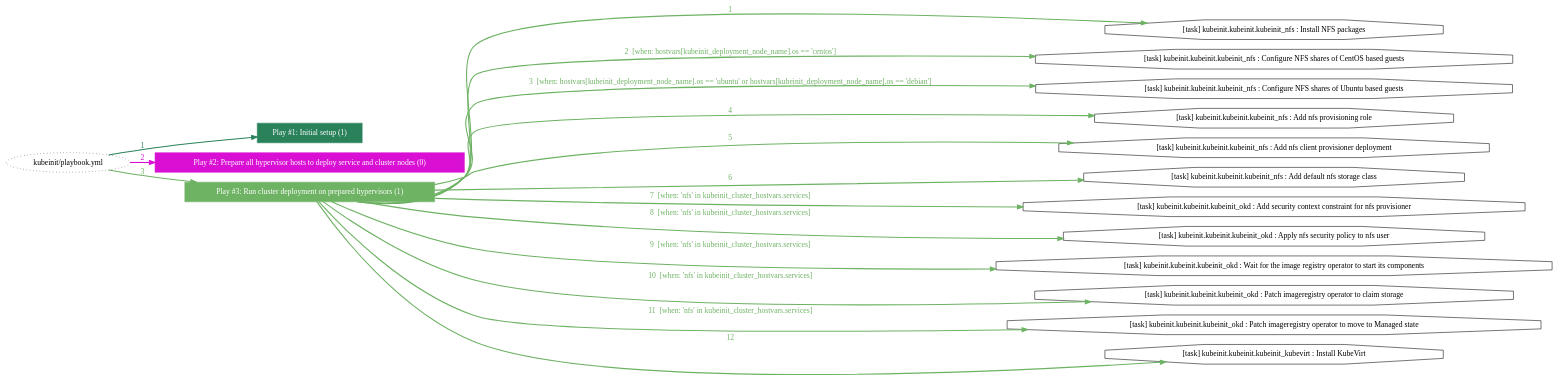
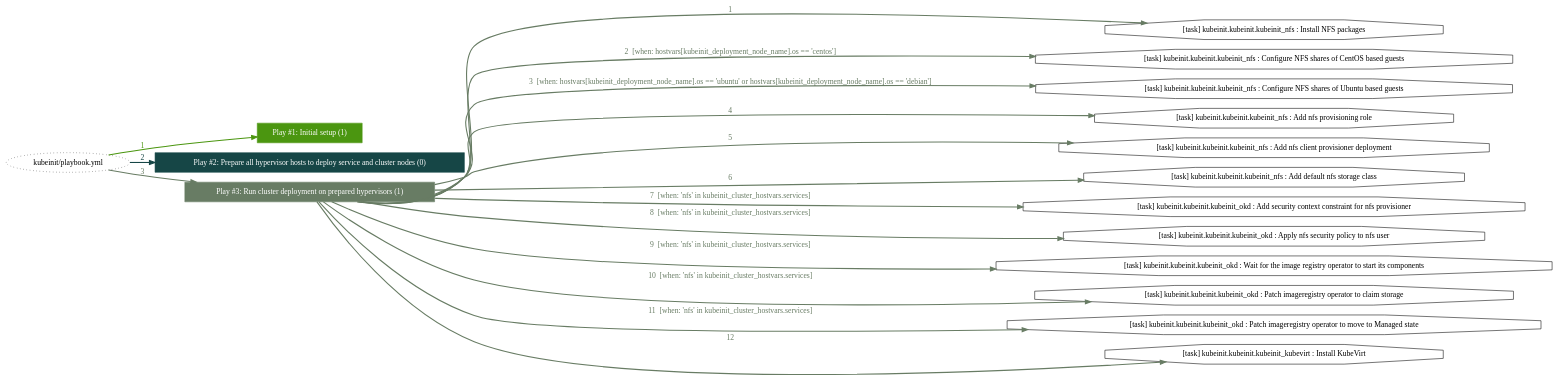
Before and after one commit to Kubeinit/kubeinit: the diagram in _static/playbook_task_post_deployment.dot, drawn with Graphviz. The commit also changed 64 other files, not shown here.

```diff
--- a/_static/playbook_task_post_deployment.dot
+++ b/_static/playbook_task_post_deployment.dot
@@ -3,39 +3,39 @@
 	edge [esep=5 sep=10]
 	"kubeinit/playbook.yml" [id=root_node style=dotted]
 	subgraph "Play #1: Initial setup (1) "{
-		"Play #1: Initial setup (1)" [color="#2a825b" fontcolor="#ffffff" id="play_069b882d-4043-4833-8087-31251108a9db" shape=box style=filled tooltip=localhost]
-		"kubeinit/playbook.yml" -> "Play #1: Initial setup (1)" [label=1 color="#2a825b" fontcolor="#2a825b" id="edge_216a49a9-dd9e-4a9b-95fa-959576bdabb2" style=bold]
+		"Play #1: Initial setup (1)" [color="#4b9610" fontcolor="#ffffff" id="play_83e40efe-4858-4c1b-bf65-c14a5f9aa6c0" shape=box style=filled tooltip=localhost]
+		"kubeinit/playbook.yml" -> "Play #1: Initial setup (1)" [label=1 color="#4b9610" fontcolor="#4b9610" id="edge_43c81da5-bc87-43e5-8bea-0be3e9930bce" style=bold]
 	}
 	subgraph "Play #2: Prepare all hypervisor hosts to deploy service and cluster nodes (0) "{
-		"Play #2: Prepare all hypervisor hosts to deploy service and cluster nodes (0)" [color="#d910d4" fontcolor="#ffffff" id="play_7c1a346c-eaf2-493a-acca-48e9ba8806bc" shape=box style=filled tooltip=""]
-		"kubeinit/playbook.yml" -> "Play #2: Prepare all hypervisor hosts to deploy service and cluster nodes (0)" [label=2 color="#d910d4" fontcolor="#d910d4" id="edge_0eec6445-999a-4976-8701-178a5ed6b174" style=bold]
+		"Play #2: Prepare all hypervisor hosts to deploy service and cluster nodes (0)" [color="#164646" fontcolor="#ffffff" id="play_e57ea511-60cd-414f-bce0-bc2b326869db" shape=box style=filled tooltip=""]
+		"kubeinit/playbook.yml" -> "Play #2: Prepare all hypervisor hosts to deploy service and cluster nodes (0)" [label=2 color="#164646" fontcolor="#164646" id="edge_89df4cd9-eb53-4b8d-95c8-0ef62f2ff0de" style=bold]
 	}
 	subgraph "Play #3: Run cluster deployment on prepared hypervisors (1) "{
-		"Play #3: Run cluster deployment on prepared hypervisors (1)" [color="#6eb264" fontcolor="#ffffff" id="play_cc330337-fd79-4ec6-9d08-773892b752a0" shape=box style=filled tooltip=localhost]
-		"kubeinit/playbook.yml" -> "Play #3: Run cluster deployment on prepared hypervisors (1)" [label=3 color="#6eb264" fontcolor="#6eb264" id="edge_72616637-efdd-42c2-aea8-fe9518a37fd8" style=bold]
-		"task_701e9918-49cf-452f-b6b9-d8eae2689275" [label="[task] kubeinit.kubeinit.kubeinit_nfs : Install NFS packages" id="task_701e9918-49cf-452f-b6b9-d8eae2689275" shape=octagon tooltip="[task] kubeinit.kubeinit.kubeinit_nfs : Install NFS packages"]
-		"Play #3: Run cluster deployment on prepared hypervisors (1)" -> "task_701e9918-49cf-452f-b6b9-d8eae2689275" [label=1 color="#6eb264" fontcolor="#6eb264" id="edge_7c83398b-4810-4e34-b19f-28fb3506b895" style=bold]
-		"task_0d4b02d0-63f9-4e99-96ad-82098fc62960" [label="[task] kubeinit.kubeinit.kubeinit_nfs : Configure NFS shares of CentOS based guests" id="task_0d4b02d0-63f9-4e99-96ad-82098fc62960" shape=octagon tooltip="[task] kubeinit.kubeinit.kubeinit_nfs : Configure NFS shares of CentOS based guests"]
-		"Play #3: Run cluster deployment on prepared hypervisors (1)" -> "task_0d4b02d0-63f9-4e99-96ad-82098fc62960" [label="2  [when: hostvars[kubeinit_deployment_node_name].os == 'centos']" color="#6eb264" fontcolor="#6eb264" id="edge_74c63048-d6b7-43be-ab1e-14ef8af5b38f" style=bold]
-		"task_24239f5c-1533-42fc-8f03-3740efcc1d23" [label="[task] kubeinit.kubeinit.kubeinit_nfs : Configure NFS shares of Ubuntu based guests" id="task_24239f5c-1533-42fc-8f03-3740efcc1d23" shape=octagon tooltip="[task] kubeinit.kubeinit.kubeinit_nfs : Configure NFS shares of Ubuntu based guests"]
-		"Play #3: Run cluster deployment on prepared hypervisors (1)" -> "task_24239f5c-1533-42fc-8f03-3740efcc1d23" [label="3  [when: hostvars[kubeinit_deployment_node_name].os == 'ubuntu' or hostvars[kubeinit_deployment_node_name].os == 'debian']" color="#6eb264" fontcolor="#6eb264" id="edge_f18dc240-6f39-4c40-a7d6-0b6b7c5af89a" style=bold]
-		"task_06573b5a-3827-4fbd-af13-f0722fae9f7b" [label="[task] kubeinit.kubeinit.kubeinit_nfs : Add nfs provisioning role" id="task_06573b5a-3827-4fbd-af13-f0722fae9f7b" shape=octagon tooltip="[task] kubeinit.kubeinit.kubeinit_nfs : Add nfs provisioning role"]
-		"Play #3: Run cluster deployment on prepared hypervisors (1)" -> "task_06573b5a-3827-4fbd-af13-f0722fae9f7b" [label=4 color="#6eb264" fontcolor="#6eb264" id="edge_fbb38733-c844-4582-b179-82e30b93d081" style=bold]
-		"task_8534d3c3-689f-457b-9a08-e4fed194d19f" [label="[task] kubeinit.kubeinit.kubeinit_nfs : Add nfs client provisioner deployment" id="task_8534d3c3-689f-457b-9a08-e4fed194d19f" shape=octagon tooltip="[task] kubeinit.kubeinit.kubeinit_nfs : Add nfs client provisioner deployment"]
-		"Play #3: Run cluster deployment on prepared hypervisors (1)" -> "task_8534d3c3-689f-457b-9a08-e4fed194d19f" [label=5 color="#6eb264" fontcolor="#6eb264" id="edge_bfed4833-fbde-47b3-b008-e63ca21fad8f" style=bold]
-		"task_334d1bb7-328b-4828-a167-34c2d6bef4c0" [label="[task] kubeinit.kubeinit.kubeinit_nfs : Add default nfs storage class" id="task_334d1bb7-328b-4828-a167-34c2d6bef4c0" shape=octagon tooltip="[task] kubeinit.kubeinit.kubeinit_nfs : Add default nfs storage class"]
-		"Play #3: Run cluster deployment on prepared hypervisors (1)" -> "task_334d1bb7-328b-4828-a167-34c2d6bef4c0" [label=6 color="#6eb264" fontcolor="#6eb264" id="edge_bf0c575e-4b57-4303-9992-36c08ad9ac5a" style=bold]
-		"task_a4032e54-a515-4ccc-a33e-47a8a3c3c876" [label="[task] kubeinit.kubeinit.kubeinit_okd : Add security context constraint for nfs provisioner" id="task_a4032e54-a515-4ccc-a33e-47a8a3c3c876" shape=octagon tooltip="[task] kubeinit.kubeinit.kubeinit_okd : Add security context constraint for nfs provisioner"]
-		"Play #3: Run cluster deployment on prepared hypervisors (1)" -> "task_a4032e54-a515-4ccc-a33e-47a8a3c3c876" [label="7  [when: 'nfs' in kubeinit_cluster_hostvars.services]" color="#6eb264" fontcolor="#6eb264" id="edge_1224bb9a-1983-4f9d-88c3-fc2231ea92ed" style=bold]
-		"task_5a1a2d9f-af08-4732-8d28-10f6d47efdc7" [label="[task] kubeinit.kubeinit.kubeinit_okd : Apply nfs security policy to nfs user" id="task_5a1a2d9f-af08-4732-8d28-10f6d47efdc7" shape=octagon tooltip="[task] kubeinit.kubeinit.kubeinit_okd : Apply nfs security policy to nfs user"]
-		"Play #3: Run cluster deployment on prepared hypervisors (1)" -> "task_5a1a2d9f-af08-4732-8d28-10f6d47efdc7" [label="8  [when: 'nfs' in kubeinit_cluster_hostvars.services]" color="#6eb264" fontcolor="#6eb264" id="edge_5a594170-c28c-4869-9391-ac30d433ac17" style=bold]
-		"task_5e3f1be2-bf17-4ee0-bbdf-0b51800de6ec" [label="[task] kubeinit.kubeinit.kubeinit_okd : Wait for the image registry operator to start its components" id="task_5e3f1be2-bf17-4ee0-bbdf-0b51800de6ec" shape=octagon tooltip="[task] kubeinit.kubeinit.kubeinit_okd : Wait for the image registry operator to start its components"]
-		"Play #3: Run cluster deployment on prepared hypervisors (1)" -> "task_5e3f1be2-bf17-4ee0-bbdf-0b51800de6ec" [label="9  [when: 'nfs' in kubeinit_cluster_hostvars.services]" color="#6eb264" fontcolor="#6eb264" id="edge_9b641f2c-d003-4fd9-bd86-ec619c7abfc3" style=bold]
-		"task_79cf0ccb-9175-4f25-af9a-d2656132eda2" [label="[task] kubeinit.kubeinit.kubeinit_okd : Patch imageregistry operator to claim storage" id="task_79cf0ccb-9175-4f25-af9a-d2656132eda2" shape=octagon tooltip="[task] kubeinit.kubeinit.kubeinit_okd : Patch imageregistry operator to claim storage"]
-		"Play #3: Run cluster deployment on prepared hypervisors (1)" -> "task_79cf0ccb-9175-4f25-af9a-d2656132eda2" [label="10  [when: 'nfs' in kubeinit_cluster_hostvars.services]" color="#6eb264" fontcolor="#6eb264" id="edge_a10f17fa-b639-4f1b-acc3-7fb31c19d66a" style=bold]
-		"task_1e7e9b13-ed4b-4e5b-a0a6-b5301a0abc7f" [label="[task] kubeinit.kubeinit.kubeinit_okd : Patch imageregistry operator to move to Managed state" id="task_1e7e9b13-ed4b-4e5b-a0a6-b5301a0abc7f" shape=octagon tooltip="[task] kubeinit.kubeinit.kubeinit_okd : Patch imageregistry operator to move to Managed state"]
-		"Play #3: Run cluster deployment on prepared hypervisors (1)" -> "task_1e7e9b13-ed4b-4e5b-a0a6-b5301a0abc7f" [label="11  [when: 'nfs' in kubeinit_cluster_hostvars.services]" color="#6eb264" fontcolor="#6eb264" id="edge_6472ad6c-5507-4afc-8c82-2dc2840c1888" style=bold]
-		"task_d36cba8e-22a7-4832-85a0-4aa996c6de51" [label="[task] kubeinit.kubeinit.kubeinit_kubevirt : Install KubeVirt" id="task_d36cba8e-22a7-4832-85a0-4aa996c6de51" shape=octagon tooltip="[task] kubeinit.kubeinit.kubeinit_kubevirt : Install KubeVirt"]
-		"Play #3: Run cluster deployment on prepared hypervisors (1)" -> "task_d36cba8e-22a7-4832-85a0-4aa996c6de51" [label=12 color="#6eb264" fontcolor="#6eb264" id="edge_07517edf-3b05-429a-aa03-07f5fae7d73a" style=bold]
+		"Play #3: Run cluster deployment on prepared hypervisors (1)" [color="#687c64" fontcolor="#ffffff" id="play_52d77712-2617-4aaf-af79-98941dfa1e24" shape=box style=filled tooltip=localhost]
+		"kubeinit/playbook.yml" -> "Play #3: Run cluster deployment on prepared hypervisors (1)" [label=3 color="#687c64" fontcolor="#687c64" id="edge_cf53a6c4-cb3c-4367-abfb-38906bc81380" style=bold]
+		"task_9905f97c-6022-458b-b6d5-a92277906dea" [label="[task] kubeinit.kubeinit.kubeinit_nfs : Install NFS packages" id="task_9905f97c-6022-458b-b6d5-a92277906dea" shape=octagon tooltip="[task] kubeinit.kubeinit.kubeinit_nfs : Install NFS packages"]
+		"Play #3: Run cluster deployment on prepared hypervisors (1)" -> "task_9905f97c-6022-458b-b6d5-a92277906dea" [label=1 color="#687c64" fontcolor="#687c64" id="edge_92685ae9-9fe4-4001-86e0-d822a4eca7d3" style=bold]
+		"task_c8711b5e-e3a0-479f-89cd-d83f480822f6" [label="[task] kubeinit.kubeinit.kubeinit_nfs : Configure NFS shares of CentOS based guests" id="task_c8711b5e-e3a0-479f-89cd-d83f480822f6" shape=octagon tooltip="[task] kubeinit.kubeinit.kubeinit_nfs : Configure NFS shares of CentOS based guests"]
+		"Play #3: Run cluster deployment on prepared hypervisors (1)" -> "task_c8711b5e-e3a0-479f-89cd-d83f480822f6" [label="2  [when: hostvars[kubeinit_deployment_node_name].os == 'centos']" color="#687c64" fontcolor="#687c64" id="edge_58defeba-7267-45a1-a6f2-fe3811788839" style=bold]
+		"task_fcb4809b-9f58-4845-9803-be29f9c28047" [label="[task] kubeinit.kubeinit.kubeinit_nfs : Configure NFS shares of Ubuntu based guests" id="task_fcb4809b-9f58-4845-9803-be29f9c28047" shape=octagon tooltip="[task] kubeinit.kubeinit.kubeinit_nfs : Configure NFS shares of Ubuntu based guests"]
+		"Play #3: Run cluster deployment on prepared hypervisors (1)" -> "task_fcb4809b-9f58-4845-9803-be29f9c28047" [label="3  [when: hostvars[kubeinit_deployment_node_name].os == 'ubuntu' or hostvars[kubeinit_deployment_node_name].os == 'debian']" color="#687c64" fontcolor="#687c64" id="edge_f8c1951f-7572-45c2-a263-70527e8b00df" style=bold]
+		"task_09b26855-d0d2-4c4a-8bb4-28845ec33f2e" [label="[task] kubeinit.kubeinit.kubeinit_nfs : Add nfs provisioning role" id="task_09b26855-d0d2-4c4a-8bb4-28845ec33f2e" shape=octagon tooltip="[task] kubeinit.kubeinit.kubeinit_nfs : Add nfs provisioning role"]
+		"Play #3: Run cluster deployment on prepared hypervisors (1)" -> "task_09b26855-d0d2-4c4a-8bb4-28845ec33f2e" [label=4 color="#687c64" fontcolor="#687c64" id="edge_c5932674-9c75-4375-a557-fb4b9a326f48" style=bold]
+		"task_c86b8bcf-b1f6-4f3a-85be-1a38a513b409" [label="[task] kubeinit.kubeinit.kubeinit_nfs : Add nfs client provisioner deployment" id="task_c86b8bcf-b1f6-4f3a-85be-1a38a513b409" shape=octagon tooltip="[task] kubeinit.kubeinit.kubeinit_nfs : Add nfs client provisioner deployment"]
+		"Play #3: Run cluster deployment on prepared hypervisors (1)" -> "task_c86b8bcf-b1f6-4f3a-85be-1a38a513b409" [label=5 color="#687c64" fontcolor="#687c64" id="edge_1ed48123-afa2-4408-9f91-7621cd64ffb3" style=bold]
+		"task_f9ad6d18-daa8-48e0-95f1-8ed01a77ed49" [label="[task] kubeinit.kubeinit.kubeinit_nfs : Add default nfs storage class" id="task_f9ad6d18-daa8-48e0-95f1-8ed01a77ed49" shape=octagon tooltip="[task] kubeinit.kubeinit.kubeinit_nfs : Add default nfs storage class"]
+		"Play #3: Run cluster deployment on prepared hypervisors (1)" -> "task_f9ad6d18-daa8-48e0-95f1-8ed01a77ed49" [label=6 color="#687c64" fontcolor="#687c64" id="edge_52b42107-e005-4b98-a17c-1274b810c7fc" style=bold]
+		"task_9611c163-dcad-4138-b6f1-6d721a8f117e" [label="[task] kubeinit.kubeinit.kubeinit_okd : Add security context constraint for nfs provisioner" id="task_9611c163-dcad-4138-b6f1-6d721a8f117e" shape=octagon tooltip="[task] kubeinit.kubeinit.kubeinit_okd : Add security context constraint for nfs provisioner"]
+		"Play #3: Run cluster deployment on prepared hypervisors (1)" -> "task_9611c163-dcad-4138-b6f1-6d721a8f117e" [label="7  [when: 'nfs' in kubeinit_cluster_hostvars.services]" color="#687c64" fontcolor="#687c64" id="edge_a93ccbef-3c57-4171-a907-c9e10e7a8272" style=bold]
+		"task_02fdc668-edea-4be0-a2c4-cd0ad64dfb9f" [label="[task] kubeinit.kubeinit.kubeinit_okd : Apply nfs security policy to nfs user" id="task_02fdc668-edea-4be0-a2c4-cd0ad64dfb9f" shape=octagon tooltip="[task] kubeinit.kubeinit.kubeinit_okd : Apply nfs security policy to nfs user"]
+		"Play #3: Run cluster deployment on prepared hypervisors (1)" -> "task_02fdc668-edea-4be0-a2c4-cd0ad64dfb9f" [label="8  [when: 'nfs' in kubeinit_cluster_hostvars.services]" color="#687c64" fontcolor="#687c64" id="edge_b583440b-e4fb-4a24-ab12-a15a19507c86" style=bold]
+		"task_f4d3e13a-2392-48fb-af34-e520c4a375b7" [label="[task] kubeinit.kubeinit.kubeinit_okd : Wait for the image registry operator to start its components" id="task_f4d3e13a-2392-48fb-af34-e520c4a375b7" shape=octagon tooltip="[task] kubeinit.kubeinit.kubeinit_okd : Wait for the image registry operator to start its components"]
+		"Play #3: Run cluster deployment on prepared hypervisors (1)" -> "task_f4d3e13a-2392-48fb-af34-e520c4a375b7" [label="9  [when: 'nfs' in kubeinit_cluster_hostvars.services]" color="#687c64" fontcolor="#687c64" id="edge_92bf85e6-0e47-46c3-bfe5-037e5e13f527" style=bold]
+		"task_b4044626-1d2e-4931-af08-3683b3b44a64" [label="[task] kubeinit.kubeinit.kubeinit_okd : Patch imageregistry operator to claim storage" id="task_b4044626-1d2e-4931-af08-3683b3b44a64" shape=octagon tooltip="[task] kubeinit.kubeinit.kubeinit_okd : Patch imageregistry operator to claim storage"]
+		"Play #3: Run cluster deployment on prepared hypervisors (1)" -> "task_b4044626-1d2e-4931-af08-3683b3b44a64" [label="10  [when: 'nfs' in kubeinit_cluster_hostvars.services]" color="#687c64" fontcolor="#687c64" id="edge_d100497d-d0ea-4b83-8ab9-b3d455a95334" style=bold]
+		"task_959ff7bd-63bb-4e9d-954f-69a7db36093b" [label="[task] kubeinit.kubeinit.kubeinit_okd : Patch imageregistry operator to move to Managed state" id="task_959ff7bd-63bb-4e9d-954f-69a7db36093b" shape=octagon tooltip="[task] kubeinit.kubeinit.kubeinit_okd : Patch imageregistry operator to move to Managed state"]
+		"Play #3: Run cluster deployment on prepared hypervisors (1)" -> "task_959ff7bd-63bb-4e9d-954f-69a7db36093b" [label="11  [when: 'nfs' in kubeinit_cluster_hostvars.services]" color="#687c64" fontcolor="#687c64" id="edge_0f72b2f4-8c0c-4ac6-9d20-526c33a9145e" style=bold]
+		"task_b90eaff8-c3cf-469d-9092-c1ad920b21e2" [label="[task] kubeinit.kubeinit.kubeinit_kubevirt : Install KubeVirt" id="task_b90eaff8-c3cf-469d-9092-c1ad920b21e2" shape=octagon tooltip="[task] kubeinit.kubeinit.kubeinit_kubevirt : Install KubeVirt"]
+		"Play #3: Run cluster deployment on prepared hypervisors (1)" -> "task_b90eaff8-c3cf-469d-9092-c1ad920b21e2" [label=12 color="#687c64" fontcolor="#687c64" id="edge_60d3f6ef-487f-4989-b97f-1411d30dae6d" style=bold]
 	}
 }
```
